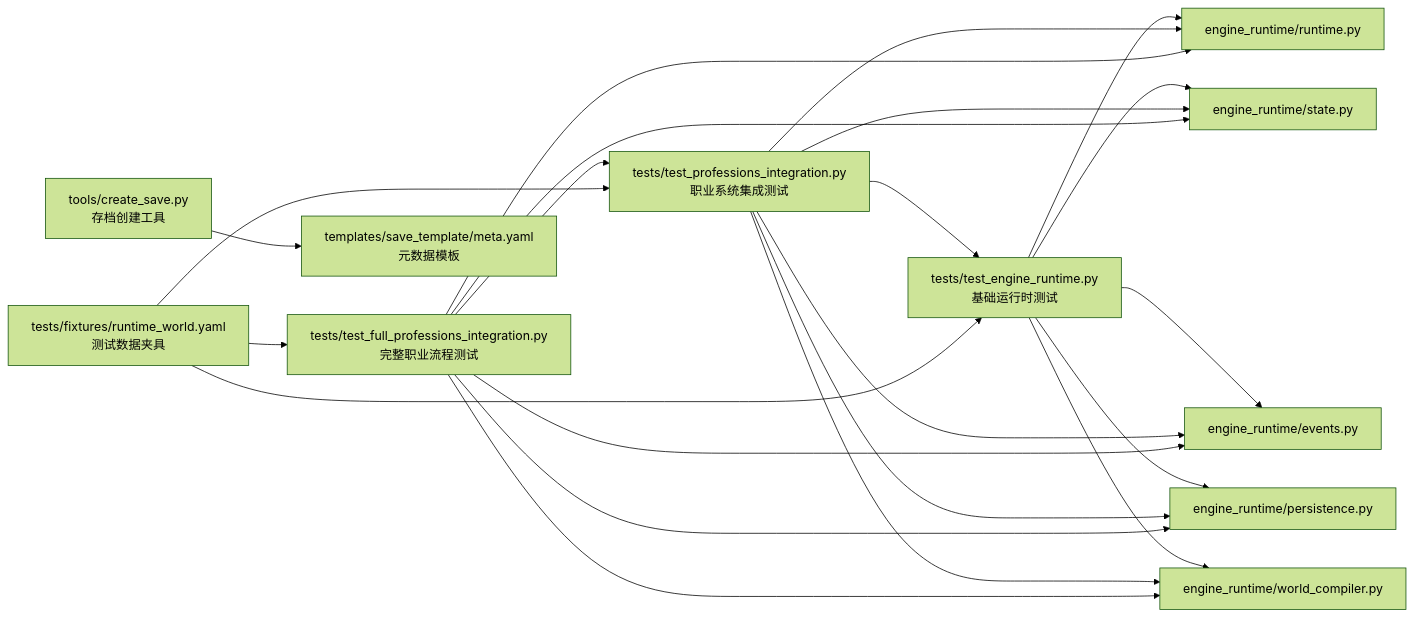
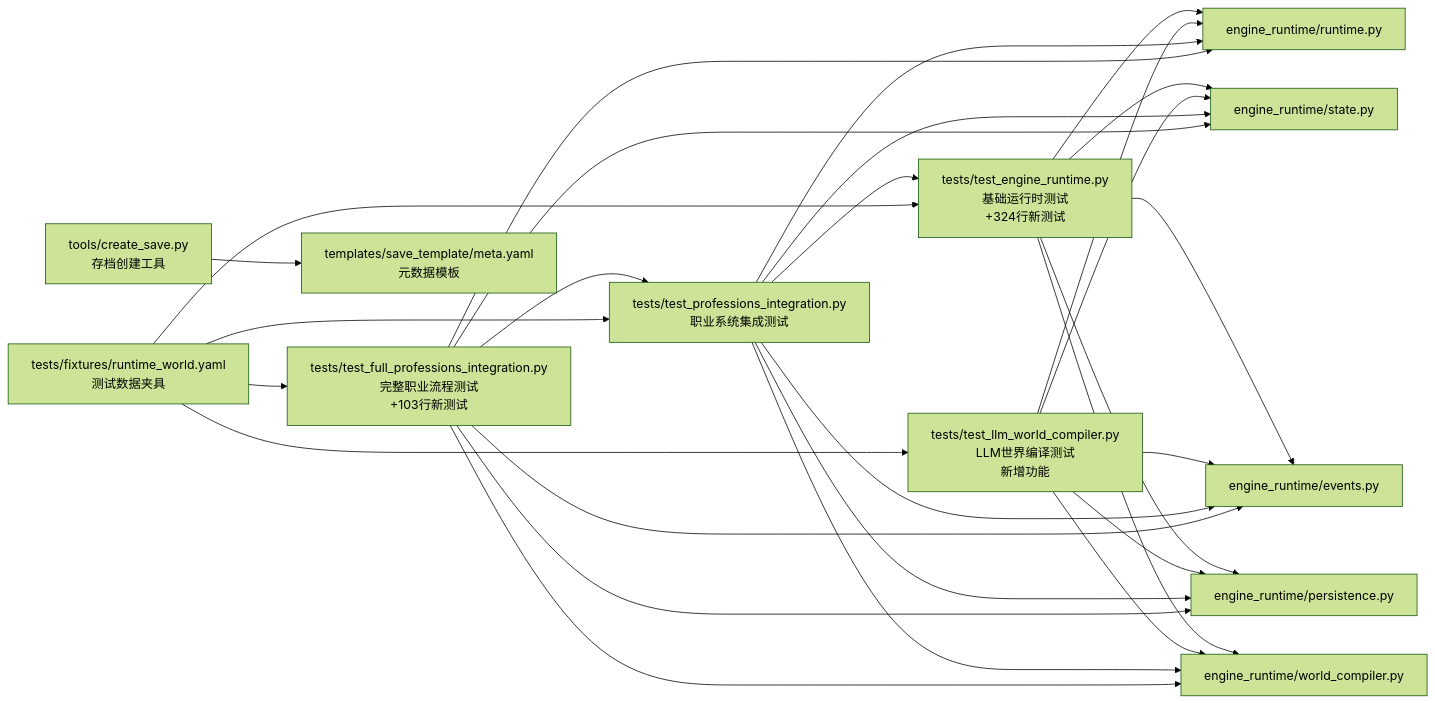
One commit to Ivandanslespace/thegreatnovel changed the fourth of 4 diagrams in .qoder/repowiki/zh/content/测试指南.md. Above: the diagram before and after it, drawn with Mermaid (forest theme). The commit also changed other lines of this file and 64 other files, not shown here.

````diff
--- a/.qoder/repowiki/zh/content/测试指南.md
+++ b/.qoder/repowiki/zh/content/测试指南.md
@@ -407,24 +440,30 @@
 ```mermaid
 graph LR
-T["tests/test_engine_runtime.py<br/>基础运行时测试"] --> RT["engine_runtime/runtime.py"]
+T["tests/test_engine_runtime.py<br/>基础运行时测试<br/>+324行新测试"] --> RT["engine_runtime/runtime.py"]
 T --> ST["engine_runtime/state.py"]
 T --> EV["engine_runtime/events.py"]
 T --> PS["engine_runtime/persistence.py"]
 T --> WC["engine_runtime/world_compiler.py"]
+LLM["tests/test_llm_world_compiler.py<br/>LLM世界编译测试<br/>新增功能"] --> WC
+LLM --> RT
+LLM --> ST
+LLM --> EV
+LLM --> PS
 TP["tests/test_professions_integration.py<br/>职业系统集成测试"] --> T
 TP --> RT
 TP --> ST
 TP --> EV
 TP --> PS
 TP --> WC
-TFP["tests/test_full_professions_integration.py<br/>完整职业流程测试"] --> TP
+TFP["tests/test_full_professions_integration.py<br/>完整职业流程测试<br/>+103行新测试"] --> TP
 TFP --> RT
 TFP --> ST
 TFP --> EV
 TFP --> PS
 TFP --> WC
 FX["tests/fixtures/runtime_world.yaml<br/>测试数据夹具"] --> T
+FX --> LLM
 FX --> TP
 FX --> TFP
 CS["tools/create_save.py<br/>存档创建工具"] --> TM["templates/save_template/meta.yaml<br/>元数据模板"]
 ```
````
